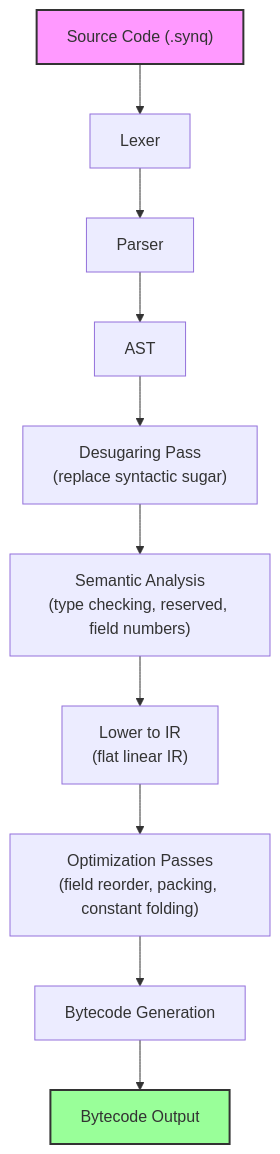
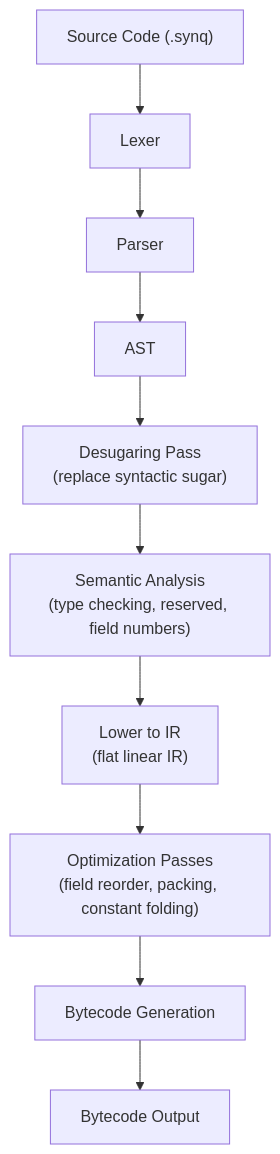
Before and after one commit to m-epasta/synq: the diagram in crates/synq-codec/src/synq/flow.md, drawn with Mermaid. The commit also changed 18 other files, not shown here.

````diff
--- a/crates/synq-codec/src/synq/flow.md
+++ b/crates/synq-codec/src/synq/flow.md
@@ -1,15 +1,13 @@
 ```mermaid
 flowchart TD
     A["Source Code (.synq)"] --> B[Lexer]
     B --> C[Parser]
     C --> D[AST]
     D --> E["Desugaring Pass<br/>(replace syntactic sugar)"]
     E --> F["Semantic Analysis<br/>(type checking, reserved, field numbers)"]
     F --> G["Lower to IR<br/>(flat linear IR)"]
     G --> H["Optimization Passes<br/>(field reorder, packing, constant folding)"]
     H --> I[Bytecode Generation]
     I --> J[Bytecode Output]
 
-    style A fill:#f9f,stroke:#333,stroke-width:2px
-    style J fill:#9f9,stroke:#333,stroke-width:2px
 ```
````
